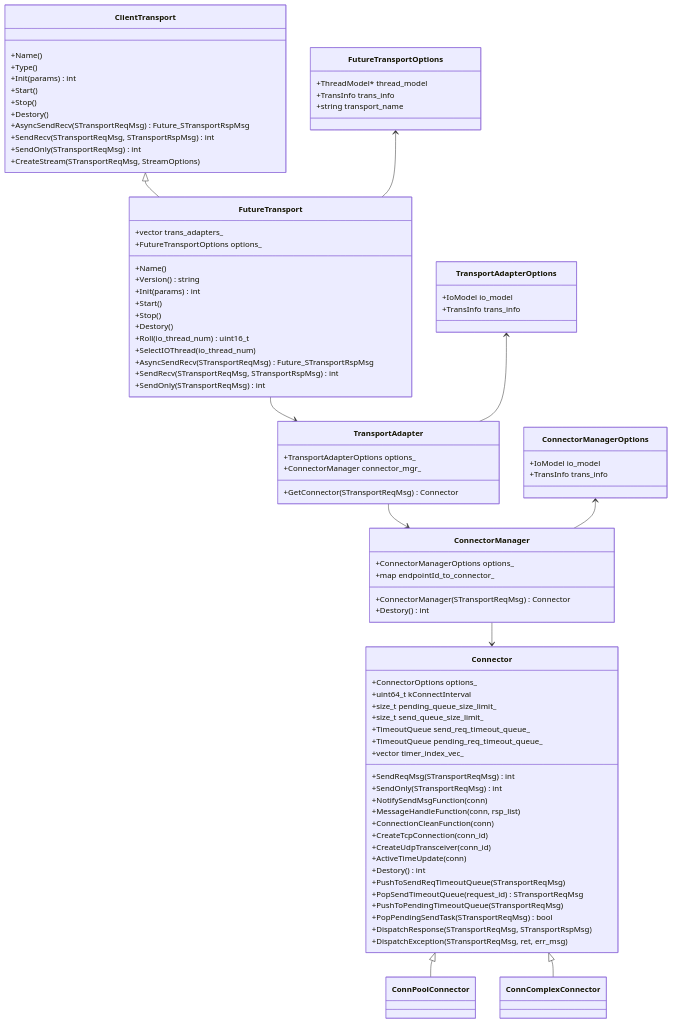
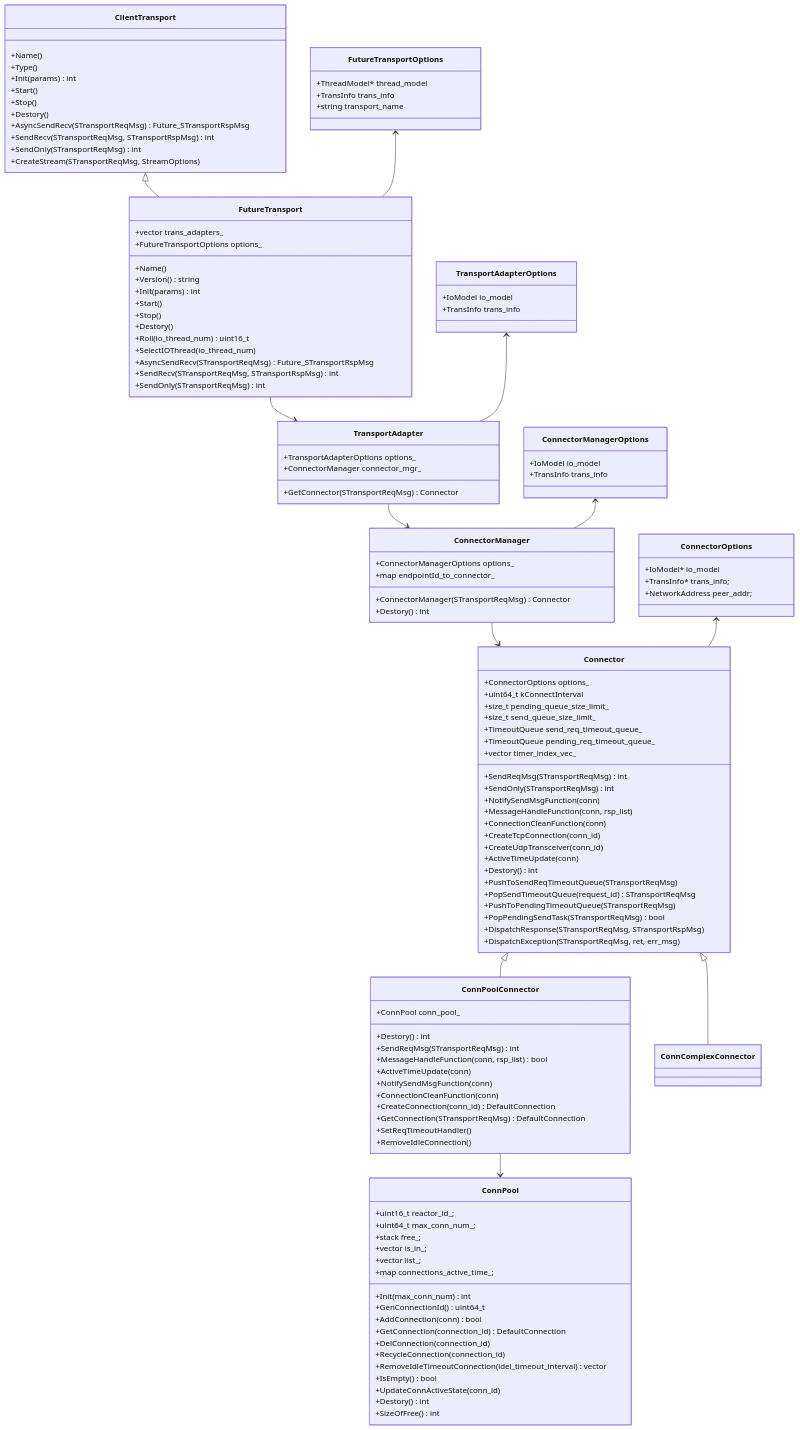
Before and after one commit to lsj9383/blog: the diagram in posts/xrpc/xrpc-transport/client-transport.md, drawn with Mermaid. The commit also changed other lines of this file and 1 other file, not shown here.

````diff
--- a/posts/xrpc/xrpc-transport/client-transport.md
+++ b/posts/xrpc/xrpc-transport/client-transport.md
@@ -45,8 +45,12 @@
 ConnectorManagerOptions <-- ConnectorManager
 
 ConnectorManager --> Connector
+ConnectorOptions <-- Connector
+
 Connector <|-- ConnPoolConnector
 Connector <|-- ConnComplexConnector
+
+ConnPoolConnector --> ConnPool
 
 class ClientTransport {
   +Name()
@@ -132,11 +136,47 @@
 
 }
 
+class ConnectorOptions {
+  +IoModel* io_model
+  +TransInfo* trans_info;
+  +NetworkAddress peer_addr;
+}
+
 class ConnPoolConnector {
-  
+  +ConnPool conn_pool_
+  +Destory() int
+  +SendReqMsg(STransportReqMsg) int
+  +MessageHandleFunction(conn, rsp_list) bool
+  +ActiveTimeUpdate(conn)
+  +NotifySendMsgFunction(conn)
+  +ConnectionCleanFunction(conn)
+  +CreateConnection(conn_id) DefaultConnection
+  +GetConnection(STransportReqMsg) DefaultConnection
+  +SetReqTimeoutHandler()
+  +RemoveIdleConnection()
 }
 
 class ConnComplexConnector {
   
 }
+
+class ConnPool {
+  +uint16_t reactor_id_;
+  +uint64_t max_conn_num_;
+  +stack<uint64_t> free_;
+  +vector<bool> is_in_;
+  +vector<DefaultConnection*> list_;
+  +map<uint64_t, uint64_t> connections_active_time_;
+  +Init(max_conn_num) int
+  +GenConnectionId() uint64_t
+  +AddConnection(conn) bool
+  +GetConnection(connection_id) DefaultConnection
+  +DelConnection(connection_id)
+  +RecycleConnection(connection_id)
+  +RemoveIdleTimeoutConnection(idel_timeout_interval) vector
+  +IsEmpty() bool
+  +UpdateConnActiveState(conn_id)
+  +Destory() int
+  +SizeOfFree() int
+}
 ```
````
